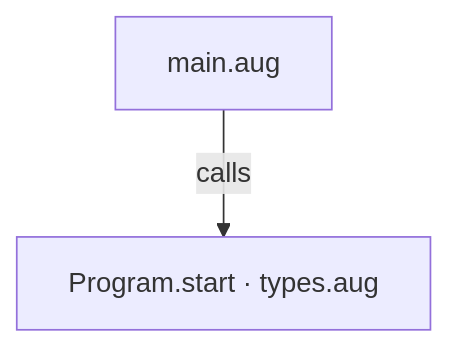
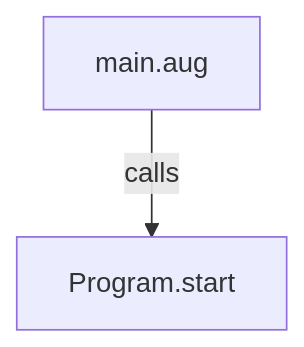
One commit to GreenPandaStudios/augscript changed the second of 3 diagrams in docs/examples/generic-di/main-diagrams.md. Above: the diagram before and after it, drawn with Mermaid. The commit also changed other lines of this file and 524 other files, not shown here.

Commit message:
Explain checked data flow at folder and service levels

````diff
--- a/docs/examples/generic-di/main-diagrams.md
+++ b/docs/examples/generic-di/main-diagrams.md
@@ -28,6 +28,6 @@
 ```mermaid
 flowchart TD
     n0["main.aug"]
-    n1["Program.start · types.aug"]
+    n1["Program.start"]
     n0 -->|"calls"| n1
 ```
````
